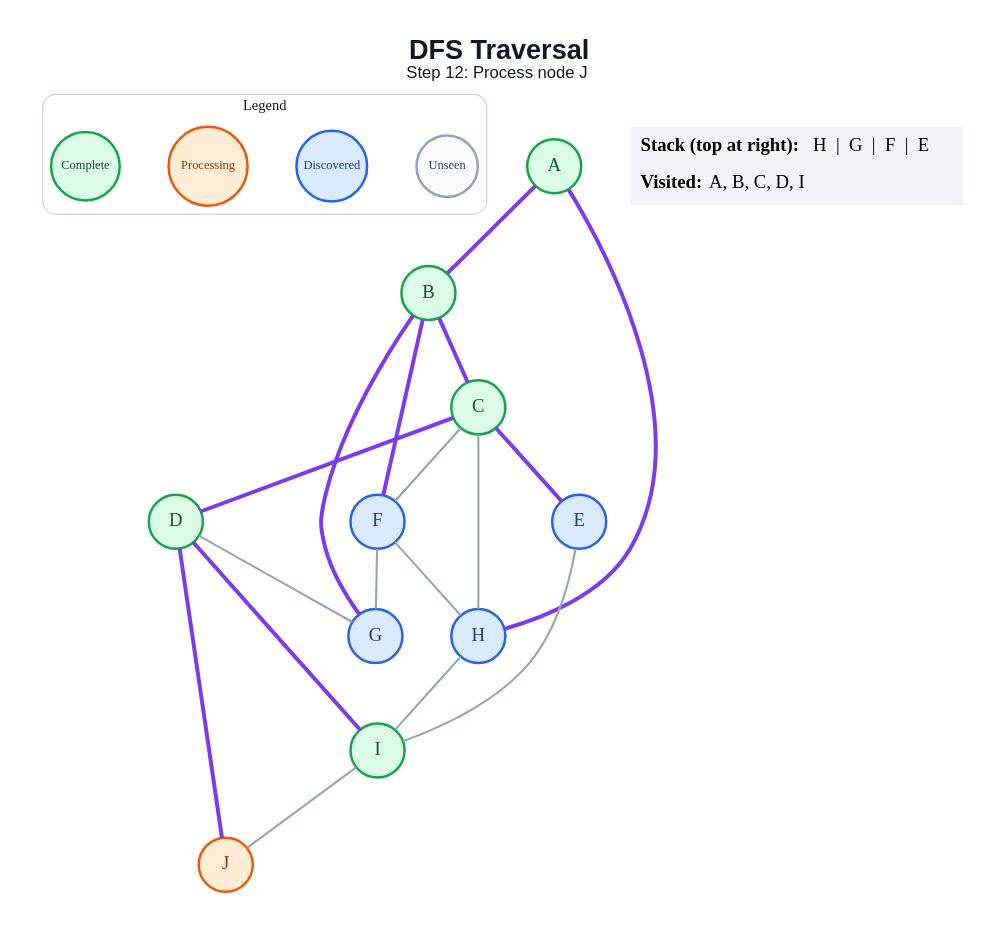
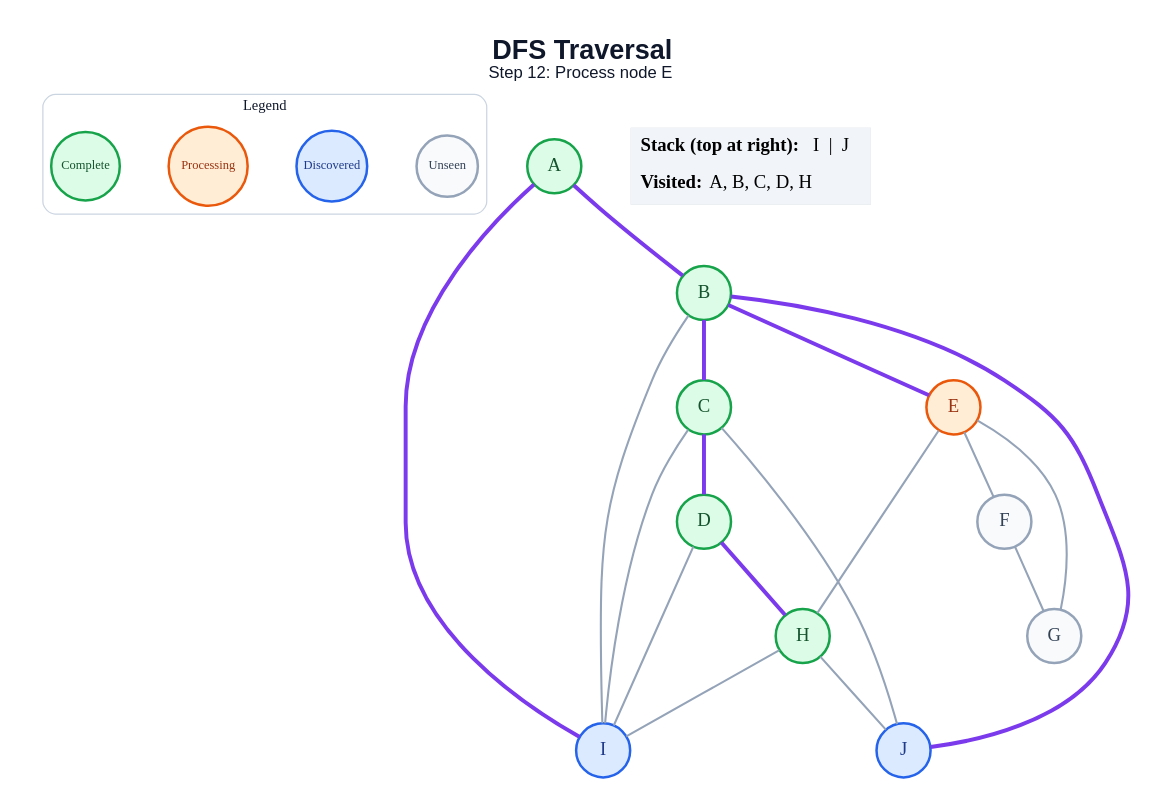
The diagram in generated/dfs/step_12.dot (anon7238593-create/ai-slop), drawn with Graphviz before and after one commit. The commit also changed 178 other files, not shown here.

```diff
--- a/generated/dfs/step_12.dot
+++ b/generated/dfs/step_12.dot
@@ -1,46 +1,46 @@
 graph traversal {
   graph [layout=dot, rankdir=TB, bgcolor="#FFFFFF", pad="0.35", nodesep="0.65", ranksep="0.8", fontname="Arial"];
   node [shape=circle, style="filled", fontname="Arial Bold", fontsize=18, width=0.72, fixedsize=true, penwidth=2.4];
   edge [color="#94A3B8", penwidth=2.0];
-  label=<<B>DFS Traversal</B><BR/><FONT POINT-SIZE="16">Step 12: Process node J</FONT>>; labelloc="t"; fontsize=26; fontname="Arial"; fontcolor="#0F172A";
+  label=<<B>DFS Traversal</B><BR/><FONT POINT-SIZE="16">Step 12: Process node E</FONT>>; labelloc="t"; fontsize=26; fontname="Arial"; fontcolor="#0F172A";
   subgraph cluster_legend { label="Legend"; color="#CBD5E1"; penwidth=1.2; style="rounded"; fontsize=14; fontname="Arial Bold";
     key_unseen [label="Unseen", fillcolor="#F8FAFC", color="#94A3B8", fontcolor="#334155", fontsize=12, width=0.82];
     key_frontier [label="Discovered", fillcolor="#DBEAFE", color="#2563EB", fontcolor="#1E3A8A", fontsize=12, width=0.95];
     key_current [label="Processing", fillcolor="#FFEDD5", color="#EA580C", fontcolor="#9A3412", fontsize=12, width=1.05];
     key_done [label="Complete", fillcolor="#DCFCE7", color="#16A34A", fontcolor="#14532D", fontsize=12, width=0.92];
     { rank=same; key_unseen; key_frontier; key_current; key_done; }
   }
   A [fillcolor="#DCFCE7", color="#16A34A", fontcolor="#14532D"];
   B [fillcolor="#DCFCE7", color="#16A34A", fontcolor="#14532D"];
   C [fillcolor="#DCFCE7", color="#16A34A", fontcolor="#14532D"];
   D [fillcolor="#DCFCE7", color="#16A34A", fontcolor="#14532D"];
-  E [fillcolor="#DBEAFE", color="#2563EB", fontcolor="#1E3A8A"];
-  F [fillcolor="#DBEAFE", color="#2563EB", fontcolor="#1E3A8A"];
-  G [fillcolor="#DBEAFE", color="#2563EB", fontcolor="#1E3A8A"];
-  H [fillcolor="#DBEAFE", color="#2563EB", fontcolor="#1E3A8A"];
-  I [fillcolor="#DCFCE7", color="#16A34A", fontcolor="#14532D"];
-  J [fillcolor="#FFEDD5", color="#EA580C", fontcolor="#9A3412"];
+  E [fillcolor="#FFEDD5", color="#EA580C", fontcolor="#9A3412"];
+  F [fillcolor="#F8FAFC", color="#94A3B8", fontcolor="#334155"];
+  G [fillcolor="#F8FAFC", color="#94A3B8", fontcolor="#334155"];
+  H [fillcolor="#DCFCE7", color="#16A34A", fontcolor="#14532D"];
+  I [fillcolor="#DBEAFE", color="#2563EB", fontcolor="#1E3A8A"];
+  J [fillcolor="#DBEAFE", color="#2563EB", fontcolor="#1E3A8A"];
   A -- B [color="#7C3AED", penwidth=3.8];
-  A -- H [color="#7C3AED", penwidth=3.8];
+  A -- I [color="#7C3AED", penwidth=3.8];
   B -- C [color="#7C3AED", penwidth=3.8];
-  B -- F [color="#7C3AED", penwidth=3.8];
-  B -- G [color="#7C3AED", penwidth=3.8];
+  B -- E [color="#7C3AED", penwidth=3.8];
+  B -- I;
+  B -- J [color="#7C3AED", penwidth=3.8];
   C -- D [color="#7C3AED", penwidth=3.8];
-  C -- E [color="#7C3AED", penwidth=3.8];
-  C -- F;
-  C -- H;
-  D -- G;
-  D -- I [color="#7C3AED", penwidth=3.8];
-  D -- J [color="#7C3AED", penwidth=3.8];
-  E -- I;
+  C -- I;
+  C -- J;
+  D -- H [color="#7C3AED", penwidth=3.8];
+  D -- I;
+  E -- F;
+  E -- G;
+  E -- H;
   F -- G;
-  F -- H;
   H -- I;
-  I -- J;
+  H -- J;
   status [shape=plain, fixedsize=false, width=0, height=0, margin=0, label=<
     <TABLE BORDER="0" CELLBORDER="0" CELLPADDING="7" BGCOLOR="#F1F5F9">
-      <TR><TD ALIGN="LEFT"><B>Stack (top at right):</B> H  |  G  |  F  |  E</TD></TR>
-      <TR><TD ALIGN="LEFT"><B>Visited:</B> A, B, C, D, I</TD></TR>
+      <TR><TD ALIGN="LEFT"><B>Stack (top at right):</B> I  |  J</TD></TR>
+      <TR><TD ALIGN="LEFT"><B>Visited:</B> A, B, C, D, H</TD></TR>
     </TABLE>
   >];
 }
```
